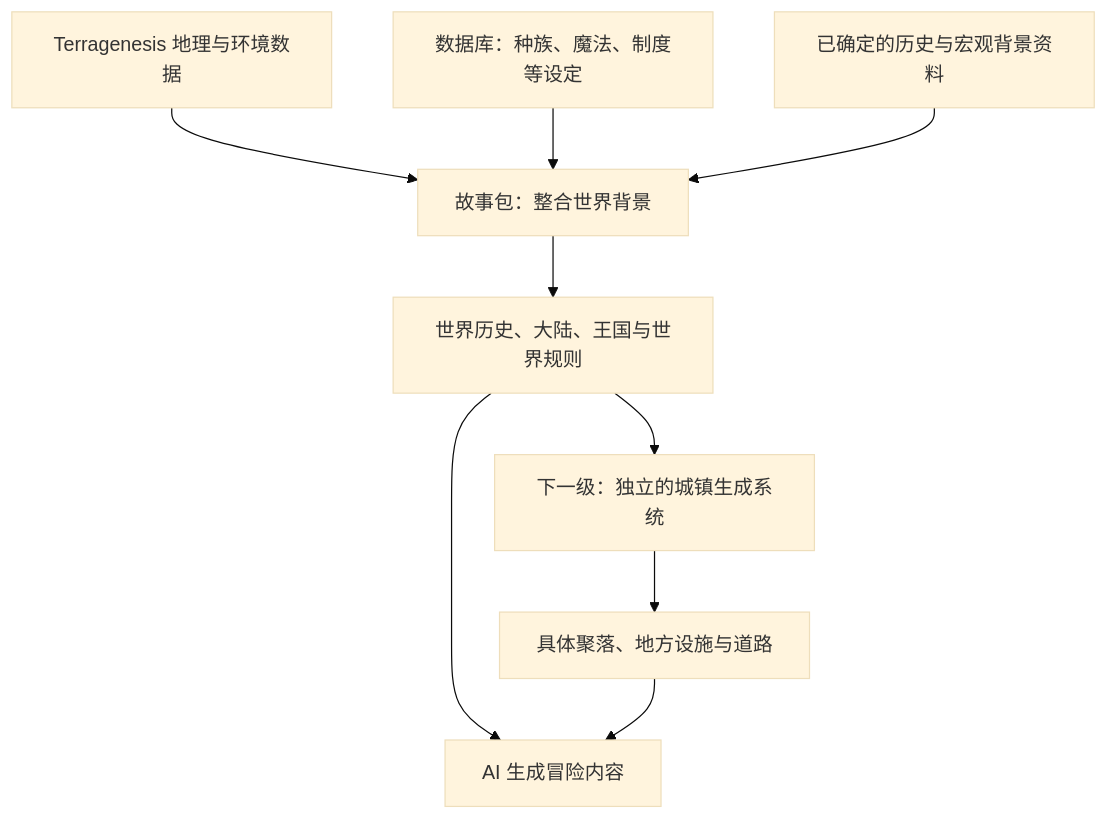
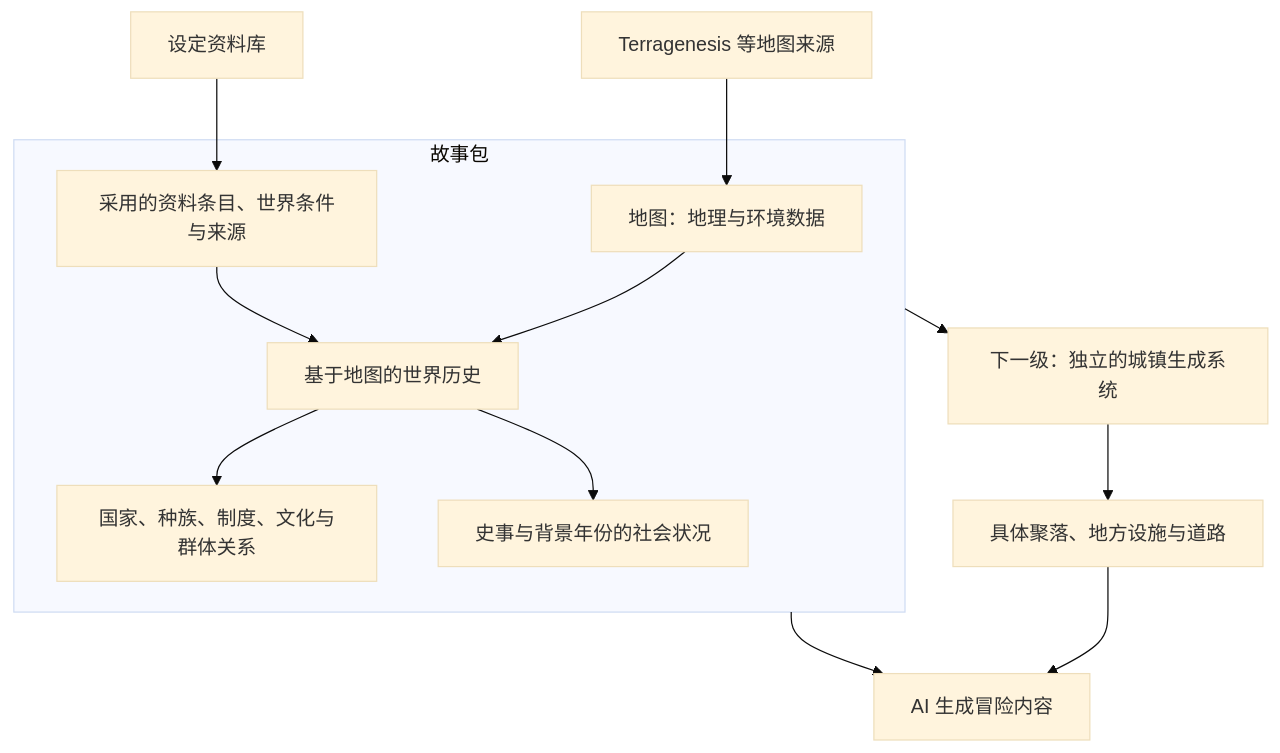
One commit to HouraisanSeiran/-TextingDream changed the diagram in docs/story-package-definition.md. Above: the diagram before and after it, drawn with Mermaid (base theme). The commit also changed other lines of this file and 87 other files, not shown here.

````diff
--- a/docs/story-package-definition.md
+++ b/docs/story-package-definition.md
@@ -17,11 +19,15 @@
 ```mermaid
 flowchart TD
-    G[Terragenesis 地理与环境数据] --> P[故事包：整合世界背景]
-    D[数据库：种族、魔法、制度等设定] --> P
-    H[已确定的历史与宏观背景资料] --> P
-    P --> W[世界历史、大陆、王国与世界规则]
-    W --> T[下一级：独立的城镇生成系统]
+    subgraph P[故事包]
+        M[地图：地理与环境数据] --> H[基于地图的世界历史]
+        H --> S[国家、种族、制度、文化与群体关系]
+        H --> E[史事与背景年份的社会状况]
+        D[采用的资料条目、世界条件与来源] --> H
+    end
+    G[Terragenesis 等地图来源] --> M
+    R[设定资料库] --> D
+    P --> T[下一级：独立的城镇生成系统]
     T --> L[具体聚落、地方设施与道路]
-    W --> A[AI 生成冒险内容]
+    P --> A[AI 生成冒险内容]
     L --> A
 ```
````
